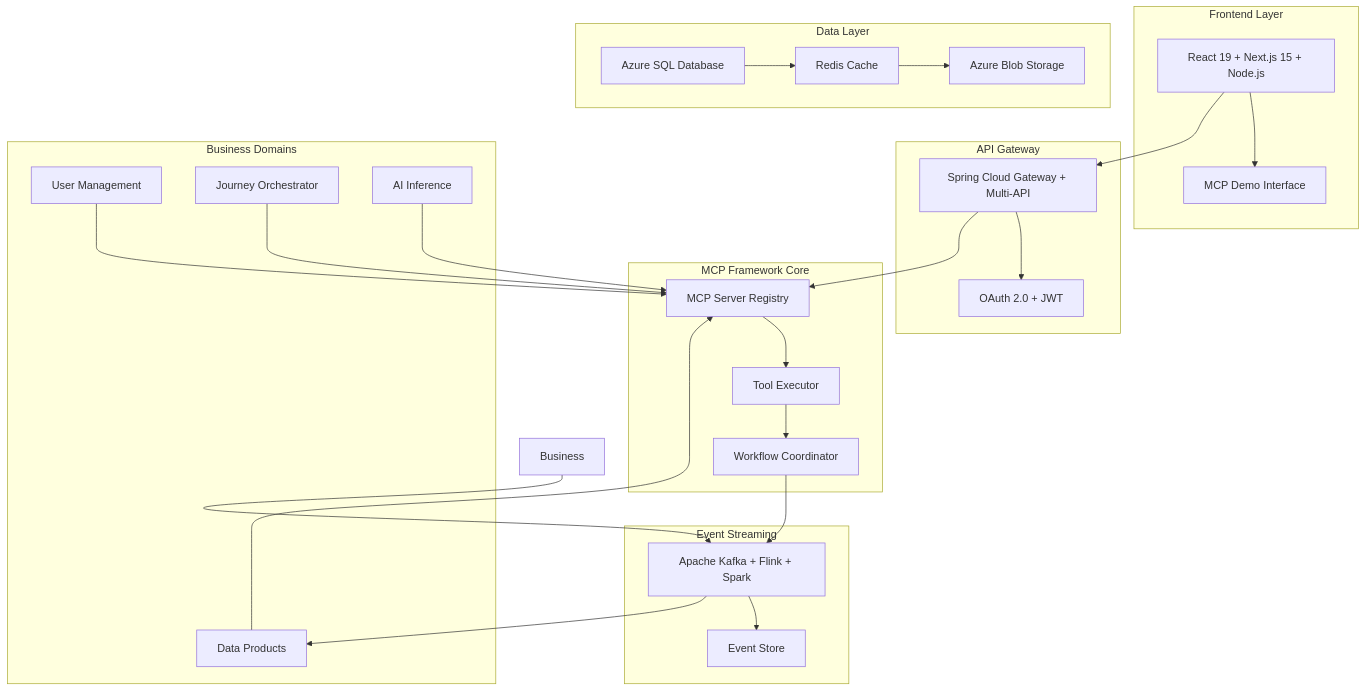
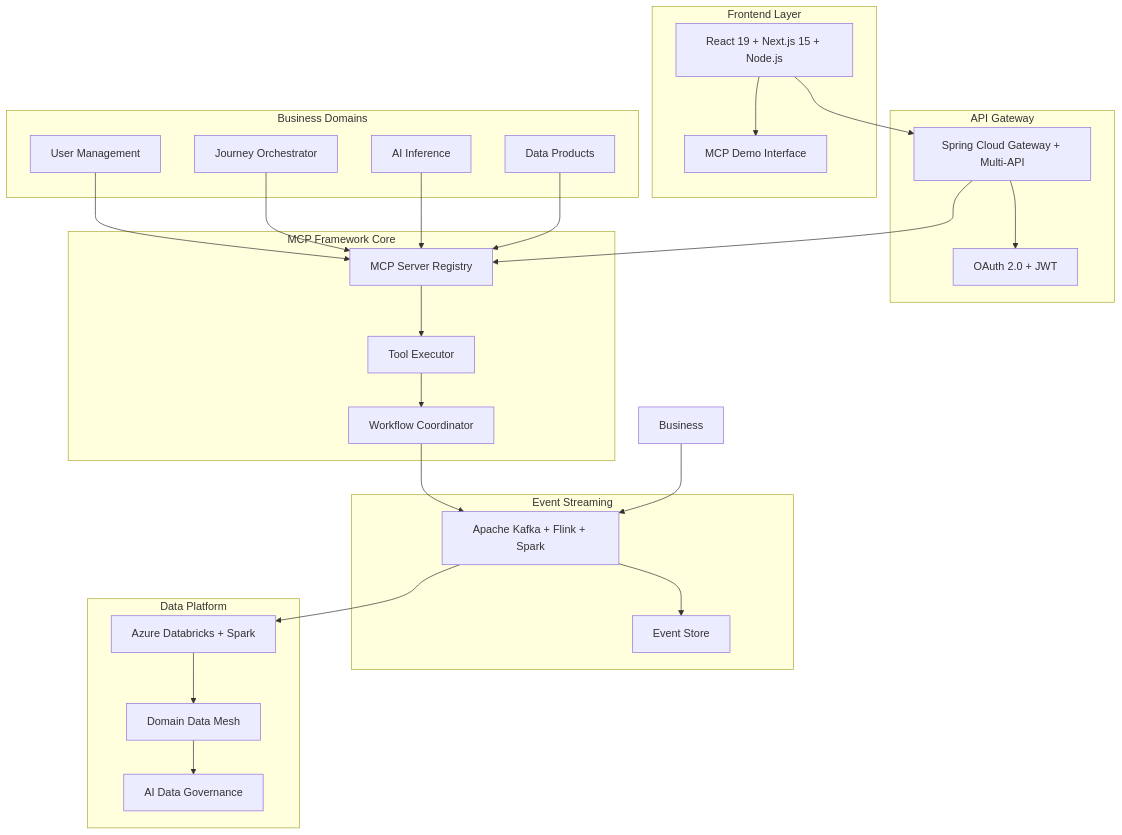
One commit to calvinlee999/react_next_java_journey changed the first of 5 diagrams in README.md. Above: the diagram before and after it, drawn with Mermaid. The commit also changed other lines of this file and 1 other file, not shown here.

Commit message:
Update Data Platform Architecture: Azure Databricks Implementation
- Enhanced Data Platform from basic Azure SQL + Redis + Blob to comprehensive Azure Databricks solution
- Added Azure Databricks + Spark for advanced analytics and processing capabilities
- Implemented Domain-Based Data Mesh architecture for decentralized data ownership
- Integrated AI-assisted Data Governance with automated lineage tracking and data quality monitoring
- Added scalability features: partitioning, in-memory processing, and auto-scaling capabilities
- Updated architecture diagrams to reflect sophisticated data platform implementation
- Aligned with modern data engineering best practices and enterprise data architecture patterns

````diff
--- a/README.md
+++ b/README.md
@@ -20,57 +20,57 @@
 ```mermaid
 graph TB
     subgraph "Frontend Layer"
         UI[React 19 + Next.js 15 + Node.js]
         Demo[MCP Demo Interface]
         UI --> Demo
     end
     
     subgraph "API Gateway"
         Gateway[Spring Cloud Gateway + Multi-API]
         Auth[OAuth 2.0 + JWT]
         Gateway --> Auth
     end
     
     subgraph "MCP Framework Core"
         Registry[MCP Server Registry]
         Executor[Tool Executor]
         Coordinator[Workflow Coordinator]
         
         Registry --> Executor
         Executor --> Coordinator
     end
     
     subgraph "Business Domains"
         User[User Management]
         Journey[Journey Orchestrator]
         AI[AI Inference]
         Data[Data Products]
         
         User --> Registry
         Journey --> Registry
         AI --> Registry
         Data --> Registry
     end
     
     subgraph "Event Streaming"
         Kafka[Apache Kafka + Flink + Spark]
         Events[Event Store]
         
         Kafka --> Events
     end
     
-    subgraph "Data Layer"
-        Azure[Azure SQL Database]
-        Redis[Redis Cache]
-        Blob[Azure Blob Storage]
+    subgraph "Data Platform"
+        Databricks[Azure Databricks + Spark]
+        DataMesh[Domain Data Mesh]
+        Governance[AI Data Governance]
         
-        Azure --> Redis
-        Redis --> Blob
+        Databricks --> DataMesh
+        DataMesh --> Governance
     end
     
     UI --> Gateway
     Gateway --> Registry
     Coordinator --> Kafka
     Business --> Kafka
-    Kafka --> Data
+    Kafka --> Databricks
 ```
````
